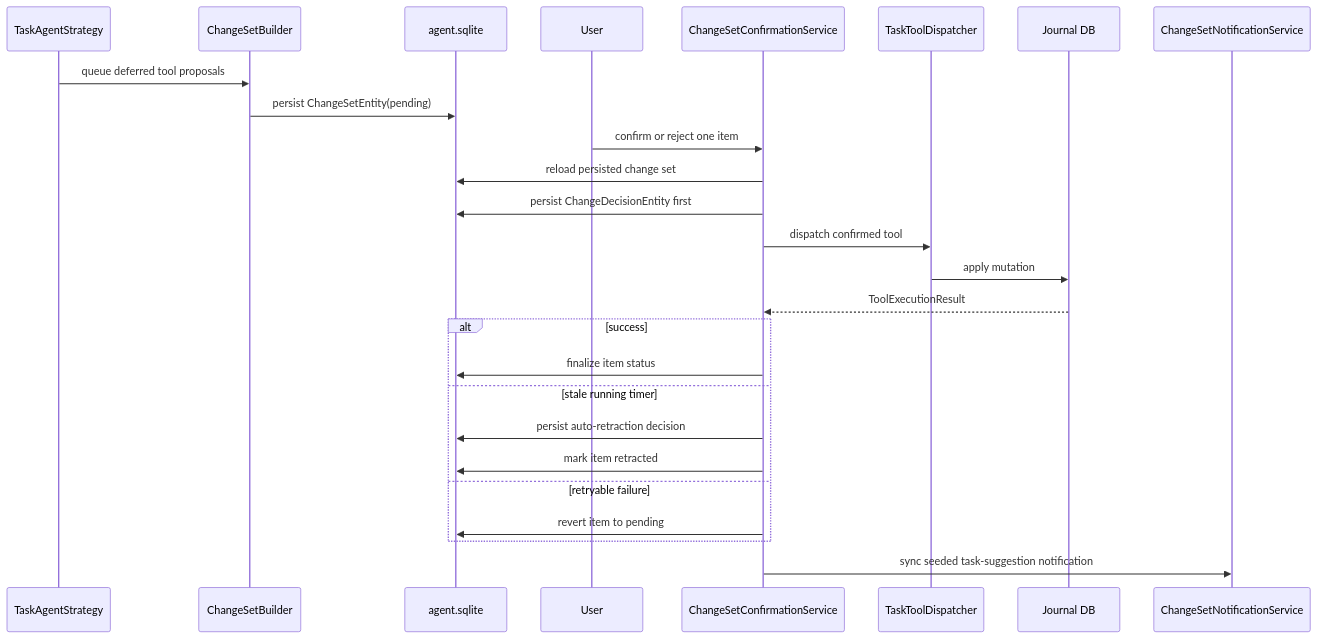
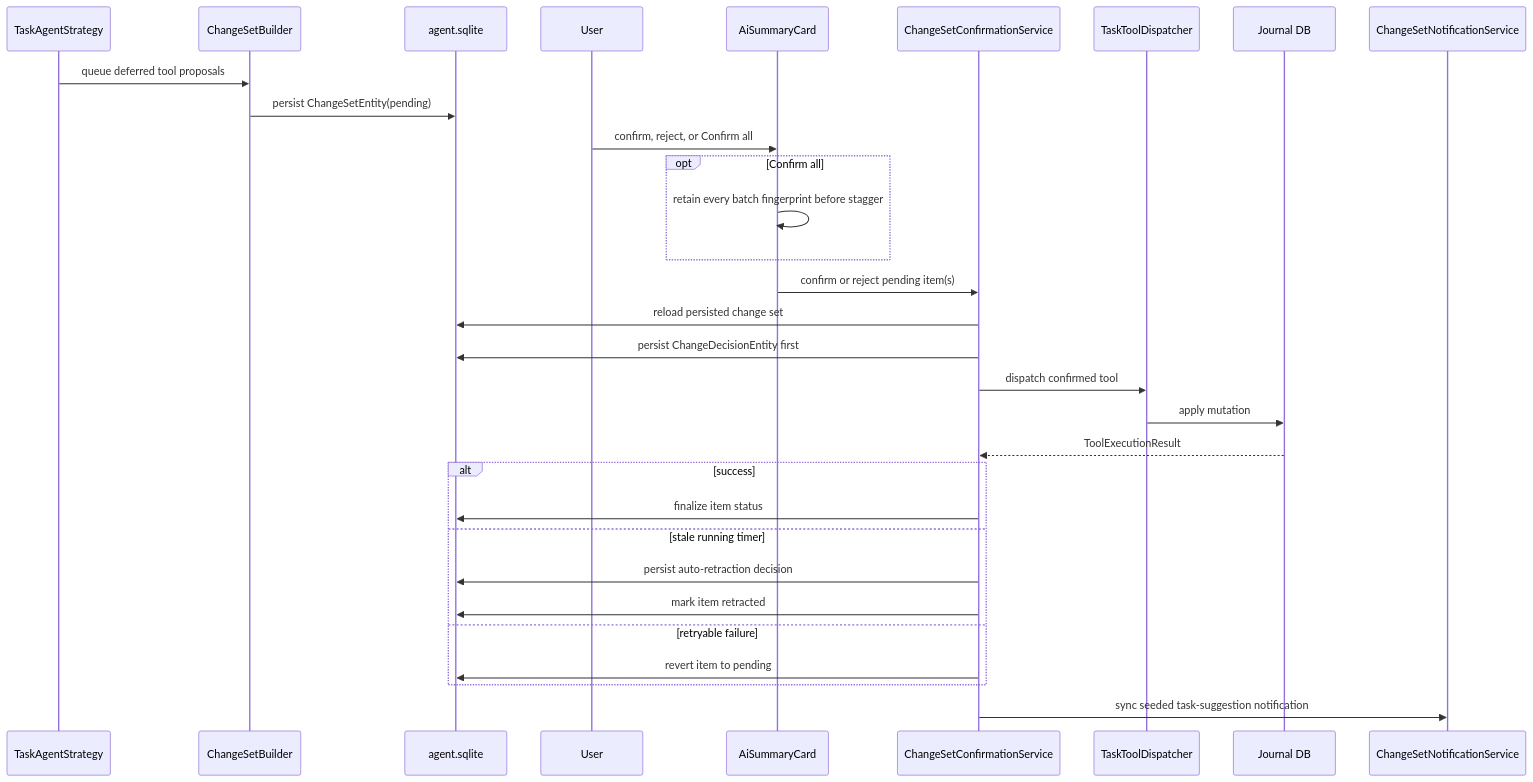
Diagram 14 of 23 in lib/features/agents/README.md (matthiasn/lotti), drawn with Mermaid before and after one commit. The commit also changed other lines of this file and 5 other files, not shown here.

````diff
--- a/lib/features/agents/README.md
+++ b/lib/features/agents/README.md
@@ -1302,29 +1309,34 @@
 ```mermaid
 sequenceDiagram
   participant Agent as TaskAgentStrategy
   participant Builder as ChangeSetBuilder
   participant Store as agent.sqlite
   participant User as User
+  participant Card as AiSummaryCard
   participant Confirm as ChangeSetConfirmationService
   participant Dispatch as TaskToolDispatcher
   participant Journal as Journal DB
   participant Inbox as ChangeSetNotificationService
 
   Agent->>Builder: queue deferred tool proposals
   Builder->>Store: persist ChangeSetEntity(pending)
-  User->>Confirm: confirm or reject one item
+  User->>Card: confirm, reject, or Confirm all
+  opt Confirm all
+    Card->>Card: retain every batch fingerprint before stagger
+  end
+  Card->>Confirm: confirm or reject pending item(s)
   Confirm->>Store: reload persisted change set
   Confirm->>Store: persist ChangeDecisionEntity first
   Confirm->>Dispatch: dispatch confirmed tool
   Dispatch->>Journal: apply mutation
   Journal-->>Confirm: ToolExecutionResult
   alt success
     Confirm->>Store: finalize item status
   else stale running timer
     Confirm->>Store: persist auto-retraction decision
     Confirm->>Store: mark item retracted
   else retryable failure
     Confirm->>Store: revert item to pending
   end
   Confirm->>Inbox: sync seeded task-suggestion notification
 ```
````
